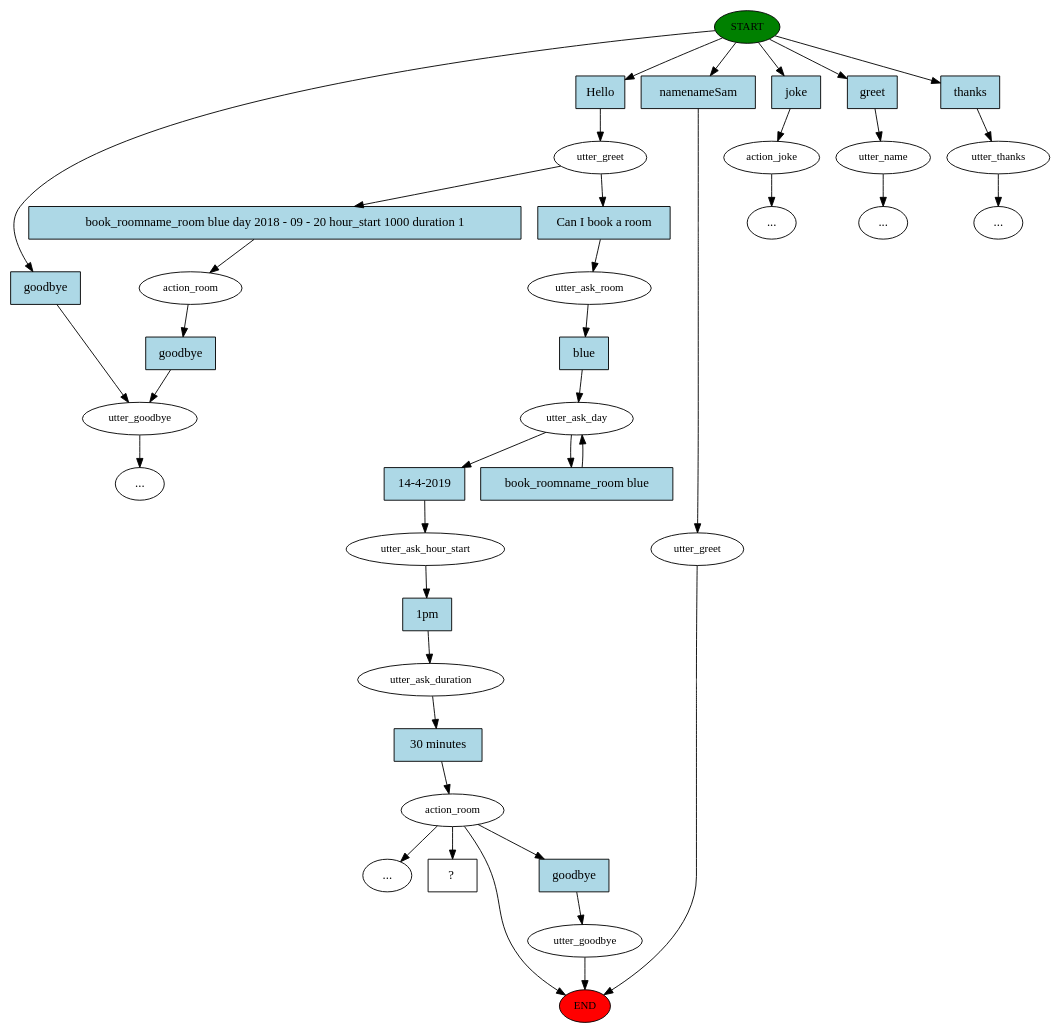
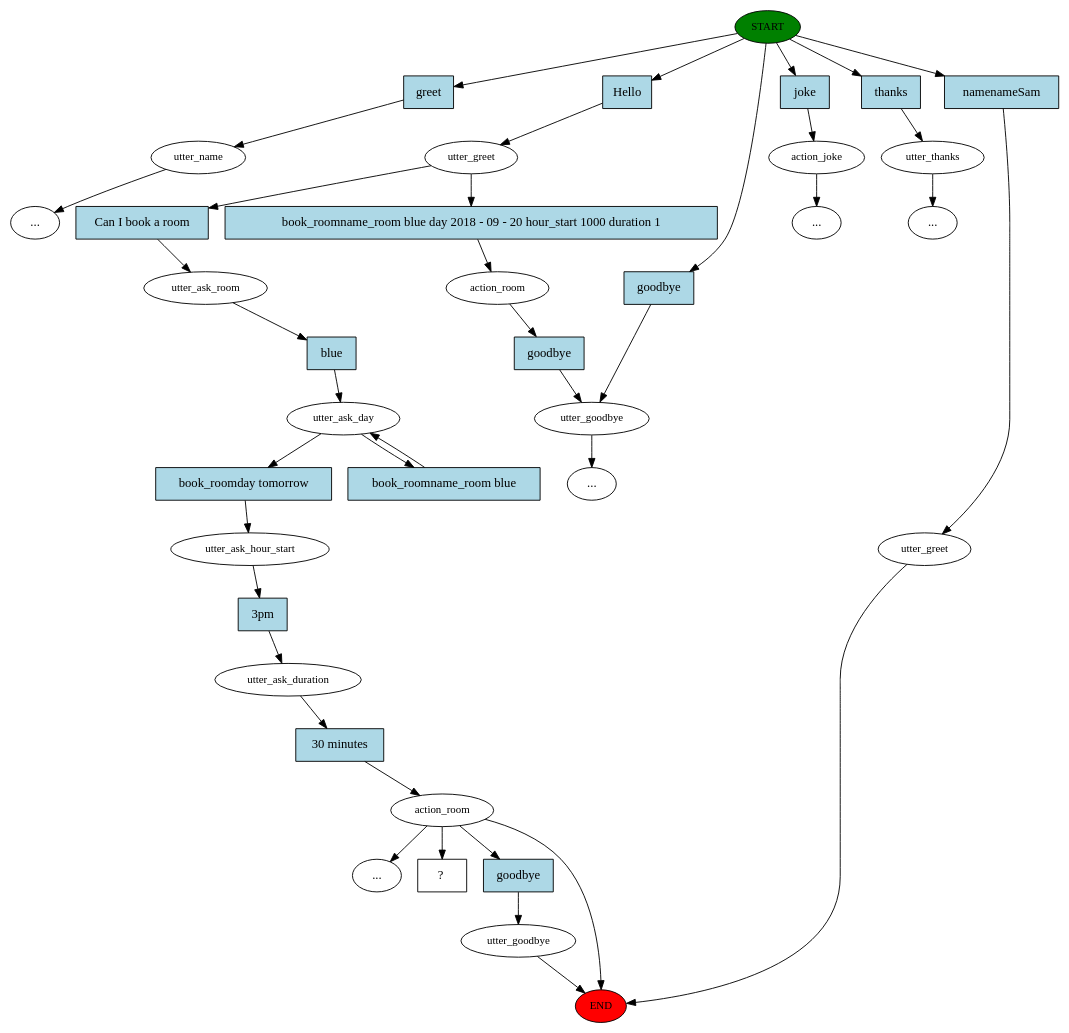
Before and after one commit to antoinecomp/bookchatbot: the diagram in story_graph.dot, drawn with Graphviz. The commit also changed 10 other files, not shown here.

```diff
--- a/story_graph.dot
+++ b/story_graph.dot
@@ -1,77 +1,77 @@
 digraph  {
 0 [class="start active", fillcolor=green, fontsize=12, label=START, style=filled];
 "-1" [class=end, fillcolor=red, fontsize=12, label=END, style=filled];
 1 [class=active, fontsize=12, label=utter_greet];
 2 [class=active, fontsize=12, label=utter_ask_room];
 3 [class=active, fontsize=12, label=utter_ask_day];
-5 [class=active, fontsize=12, label=utter_ask_hour_start];
-6 [class=active, fontsize=12, label=utter_ask_duration];
-7 [class=active, fontsize=12, label=action_room];
+4 [class=active, fontsize=12, label=utter_ask_hour_start];
+5 [class=active, fontsize=12, label=utter_ask_duration];
+6 [class=active, fontsize=12, label=action_room];
+7 [class="", fontsize=12, label=utter_goodbye];
 "-3" [class=ellipsis, label="..."];
-8 [class="", fontsize=12, label=action_joke];
-"-4" [class=ellipsis, label="..."];
-21 [class="", fontsize=12, label=utter_goodbye];
-22 [class="", fontsize=12, label=utter_greet];
-23 [class="", fontsize=12, label=utter_goodbye];
-24 [class="", fontsize=12, label=utter_name];
-25 [class="", fontsize=12, label=utter_thanks];
-"-7" [class=ellipsis, label="..."];
-27 [class="", fontsize=12, label=action_room];
+21 [class="", fontsize=12, label=utter_name];
+22 [class="", fontsize=12, label=action_joke];
+"-5" [class=ellipsis, label="..."];
+24 [class="", fontsize=12, label=action_room];
+25 [class="", fontsize=12, label=utter_goodbye];
+27 [class="", fontsize=12, label=utter_thanks];
 "-8" [class=ellipsis, label="..."];
+"-9" [class=ellipsis, label="..."];
+29 [class="", fontsize=12, label=utter_greet];
 "-10" [class=ellipsis, label="..."];
 37 [class="intent dashed active", label="  ?  ", shape=rect];
 38 [class="intent active", fillcolor=lightblue, label=Hello, shape=rect, style=filled];
-39 [class=intent, fillcolor=lightblue, label=joke, shape=rect, style=filled];
-40 [class=intent, fillcolor=lightblue, label=namenameSam, shape=rect, style=filled];
-41 [class=intent, fillcolor=lightblue, label=goodbye, shape=rect, style=filled];
-42 [class=intent, fillcolor=lightblue, label=greet, shape=rect, style=filled];
-43 [class=intent, fillcolor=lightblue, label=thanks, shape=rect, style=filled];
+39 [class=intent, fillcolor=lightblue, label=greet, shape=rect, style=filled];
+40 [class=intent, fillcolor=lightblue, label=joke, shape=rect, style=filled];
+41 [class=intent, fillcolor=lightblue, label=thanks, shape=rect, style=filled];
+42 [class=intent, fillcolor=lightblue, label=namenameSam, shape=rect, style=filled];
+43 [class=intent, fillcolor=lightblue, label=goodbye, shape=rect, style=filled];
 44 [class="intent active", fillcolor=lightblue, label="Can I book a room", shape=rect, style=filled];
 45 [class=intent, fillcolor=lightblue, label="book_roomname_room blue day 2018 - 09 - 20 hour_start 1000 duration 1", shape=rect, style=filled];
 46 [class="intent active", fillcolor=lightblue, label=blue, shape=rect, style=filled];
-47 [class="intent active", fillcolor=lightblue, label="14-4-2019", shape=rect, style=filled];
+47 [class=intent, fillcolor=lightblue, label="book_roomday tomorrow", shape=rect, style=filled];
 48 [class=intent, fillcolor=lightblue, label="book_roomname_room blue", shape=rect, style=filled];
-49 [class="intent active", fillcolor=lightblue, label="1pm", shape=rect, style=filled];
+49 [class="intent active", fillcolor=lightblue, label="3pm", shape=rect, style=filled];
 50 [class="intent active", fillcolor=lightblue, label="30 minutes", shape=rect, style=filled];
 51 [class=intent, fillcolor=lightblue, label=goodbye, shape=rect, style=filled];
 52 [class=intent, fillcolor=lightblue, label=goodbye, shape=rect, style=filled];
 0 -> 38  [class=active, key=0];
 0 -> 39  [class="", key=0];
 0 -> 40  [class="", key=0];
 0 -> 41  [class="", key=0];
 0 -> 42  [class="", key=0];
 0 -> 43  [class="", key=0];
 1 -> 44  [class=active, key=0];
 1 -> 45  [class="", key=0];
 2 -> 46  [class=active, key=0];
-3 -> 47  [class=active, key=0];
+3 -> 47  [class="", key=0];
 3 -> 48  [class="", key=0];
-5 -> 49  [class=active, key=0];
-6 -> 50  [class=active, key=0];
-7 -> "-3"  [class="", key=NONE, label=""];
+4 -> 49  [class=active, key=0];
+5 -> 50  [class=active, key=0];
+6 -> "-1"  [class="", key=NONE, label=""];
+6 -> "-3"  [class="", key=NONE, label=""];
+6 -> 37  [class=active, key=NONE, label=""];
+6 -> 51  [class="", key=0];
 7 -> "-1"  [class="", key=NONE, label=""];
-7 -> 37  [class=active, key=NONE, label=""];
-7 -> 51  [class="", key=0];
-8 -> "-4"  [class="", key=NONE, label=""];
-21 -> "-1"  [class="", key=NONE, label=""];
-22 -> "-1"  [class="", key=NONE, label=""];
-23 -> "-8"  [class="", key=NONE, label=""];
-24 -> "-10"  [class="", key=NONE, label=""];
-25 -> "-7"  [class="", key=NONE, label=""];
-27 -> 52  [class="", key=0];
+21 -> "-10"  [class="", key=NONE, label=""];
+22 -> "-5"  [class="", key=NONE, label=""];
+24 -> 52  [class="", key=0];
+25 -> "-9"  [class="", key=NONE, label=""];
+27 -> "-8"  [class="", key=NONE, label=""];
+29 -> "-1"  [class="", key=NONE, label=""];
 38 -> 1  [class=active, key=0];
-39 -> 8  [class="", key=0];
+39 -> 21  [class="", key=0];
 40 -> 22  [class="", key=0];
-41 -> 23  [class="", key=0];
-42 -> 24  [class="", key=0];
+41 -> 27  [class="", key=0];
+42 -> 29  [class="", key=0];
 43 -> 25  [class="", key=0];
 44 -> 2  [class=active, key=0];
-45 -> 27  [class="", key=0];
+45 -> 24  [class="", key=0];
 46 -> 3  [class=active, key=0];
-47 -> 5  [class=active, key=0];
+47 -> 4  [class="", key=0];
 48 -> 3  [class="", key=0];
-49 -> 6  [class=active, key=0];
-50 -> 7  [class=active, key=0];
-51 -> 21  [class="", key=0];
-52 -> 23  [class="", key=0];
+49 -> 5  [class=active, key=0];
+50 -> 6  [class=active, key=0];
+51 -> 7  [class="", key=0];
+52 -> 25  [class="", key=0];
 }
```
